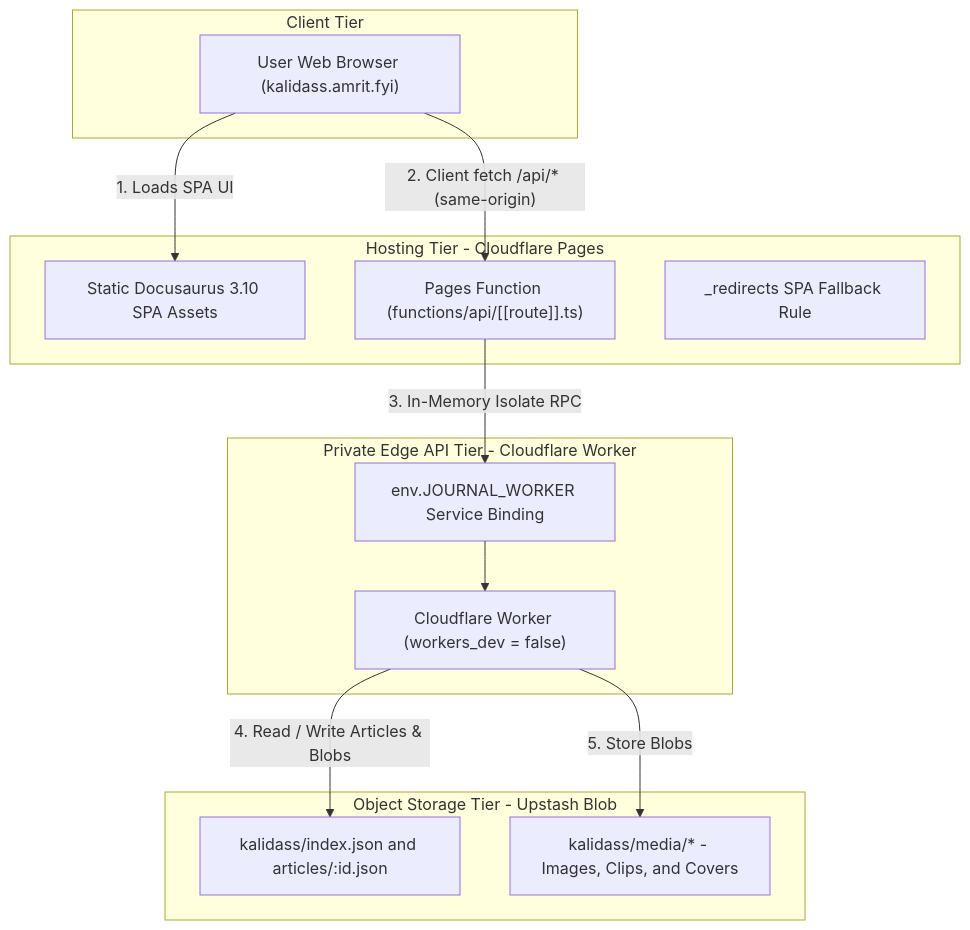
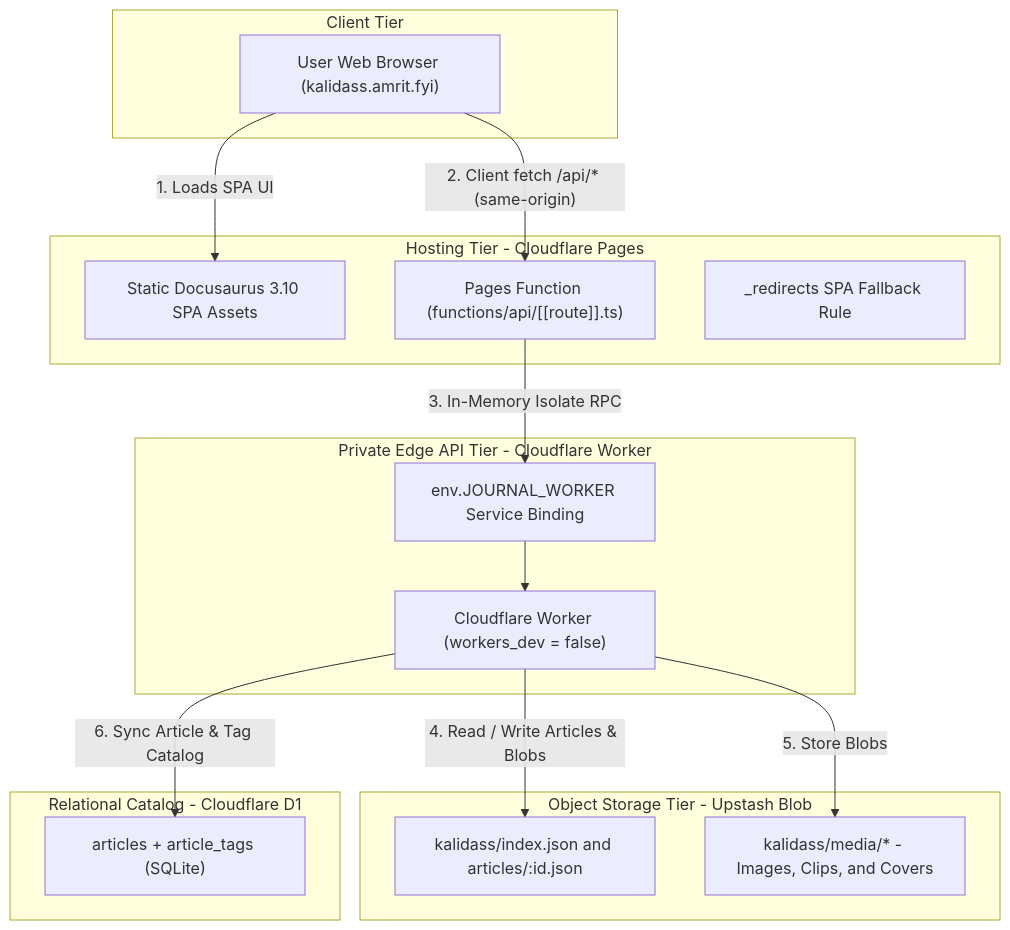
Before and after one commit to AmritSDutta/kalidass: the first of 2 diagrams in docs/deployment.mdx, drawn with Mermaid. The commit also changed other lines of this file and 19 other files, not shown here.

````diff
--- a/docs/deployment.mdx
+++ b/docs/deployment.mdx
@@ -12,25 +12,29 @@
 ```mermaid
 flowchart TD
   subgraph Client["Client Tier"]
     Browser["User Web Browser (kalidass.amrit.fyi)"]
   end
   subgraph PagesTier["Hosting Tier - Cloudflare Pages"]
     Static["Static Docusaurus 3.10 SPA Assets"]
     PagesFunction["Pages Function (functions/api/[[route]].ts)"]
     Redirects["_redirects SPA Fallback Rule"]
   end
   subgraph WorkerTier["Private Edge API Tier - Cloudflare Worker"]
     ServiceBinding["env.JOURNAL_WORKER Service Binding"]
     Worker["Cloudflare Worker (workers_dev = false)"]
   end
   subgraph StorageTier["Object Storage Tier - Upstash Blob"]
     JSON["kalidass/index.json and articles/:id.json"]
     Media["kalidass/media/* - Images, Clips, and Covers"]
   end
+  subgraph CatalogTier["Relational Catalog - Cloudflare D1"]
+    D1Table["articles + article_tags (SQLite)"]
+  end
   Browser -->|"1. Loads SPA UI"| Static
   Browser -->|"2. Client fetch /api/* (same-origin)"| PagesFunction
   PagesFunction -->|"3. In-Memory Isolate RPC"| ServiceBinding
   ServiceBinding --> Worker
   Worker -->|"4. Read / Write Articles & Blobs"| JSON
   Worker -->|"5. Store Blobs"| Media
+  Worker -->|"6. Sync Article & Tag Catalog"| D1Table
 ```
````
